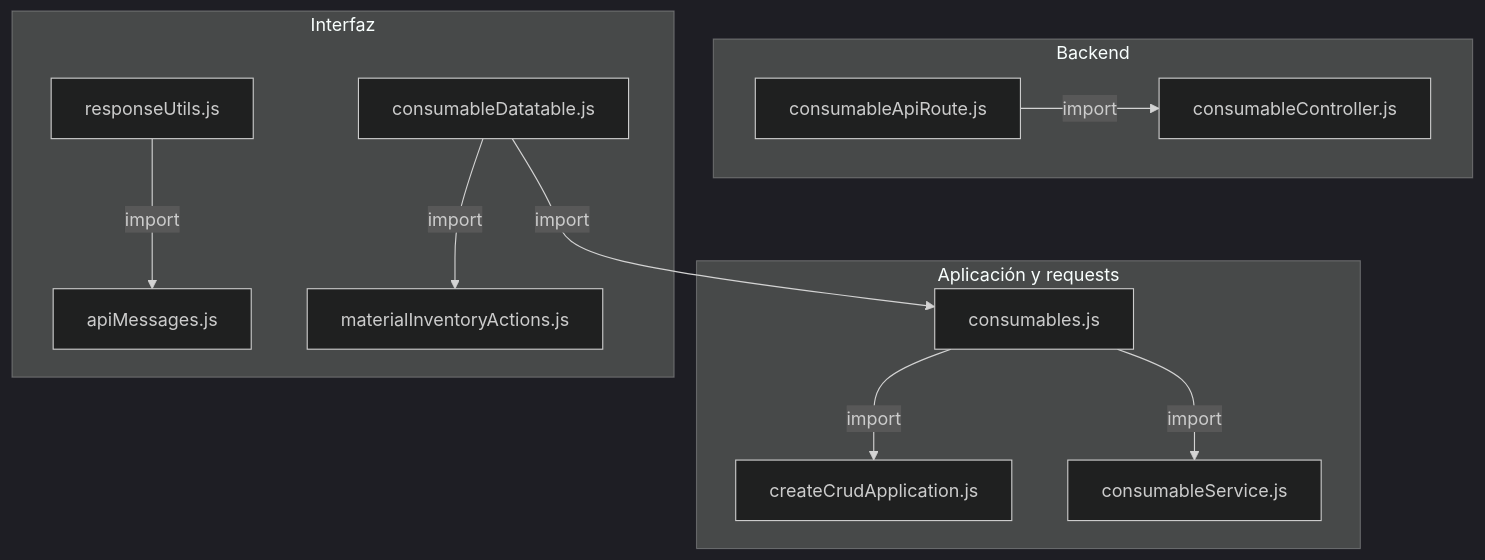
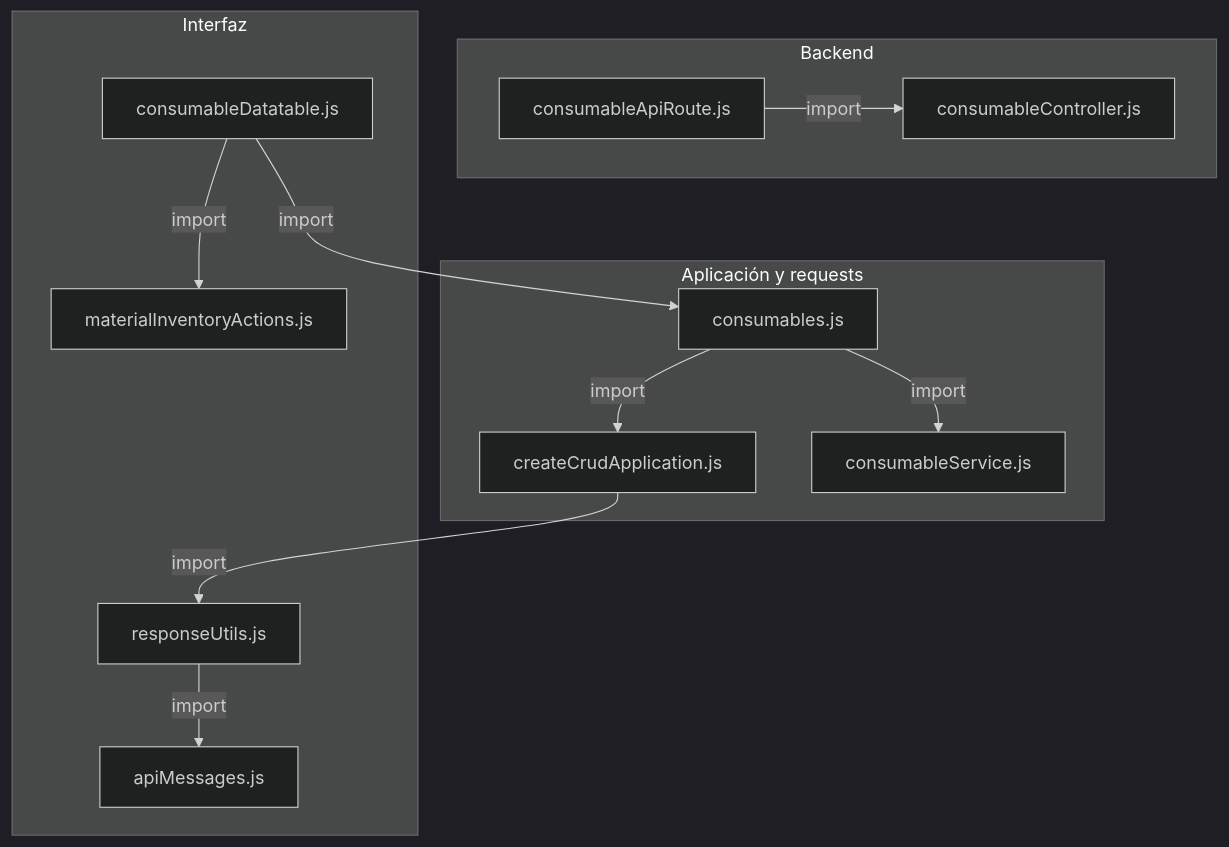
The first of 2 diagrams in docs/architecture/views/processes/frontend-code-sequences/catalogs/cu-alm-20.md (gpgsistemas01/nexus), drawn with Mermaid (dark theme) before and after one commit. The commit also changed 200 other files, not shown here.

````diff
--- a/docs/architecture/views/processes/frontend-code-sequences/catalogs/cu-alm-20.md
+++ b/docs/architecture/views/processes/frontend-code-sequences/catalogs/cu-alm-20.md
@@ -49,24 +49,25 @@
 ```mermaid
 flowchart TB
     subgraph Component0["Backend"]
         FileConsumableController["consumableController.js"]
         Transport["consumableApiRoute.js"]
     end
     subgraph Component1["Aplicación y requests"]
         Application["createCrudApplication.js"]
         FileConsumables["consumables.js"]
         Request["consumableService.js"]
     end
     subgraph Component2["Interfaz"]
         FileApiMessages["apiMessages.js"]
         View["materialInventoryActions.js"]
         FileConsumableDatatable["consumableDatatable.js"]
         FileResponseUtils["responseUtils.js"]
     end
-    FileConsumables -->|import| Request
-    FileConsumables -->|import| Application
+    Application -->|import| FileResponseUtils
     FileConsumableDatatable -->|import| FileConsumables
     FileConsumableDatatable -->|import| View
+    FileConsumables -->|import| Application
+    FileConsumables -->|import| Request
     FileResponseUtils -->|import| FileApiMessages
     Transport -->|import| FileConsumableController
 ```
````
